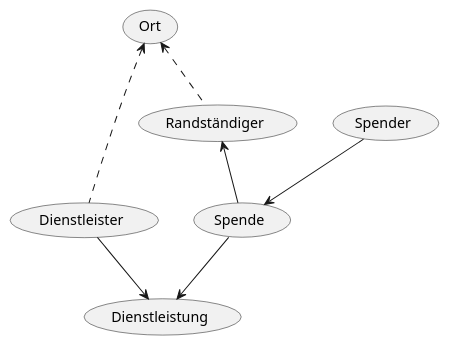
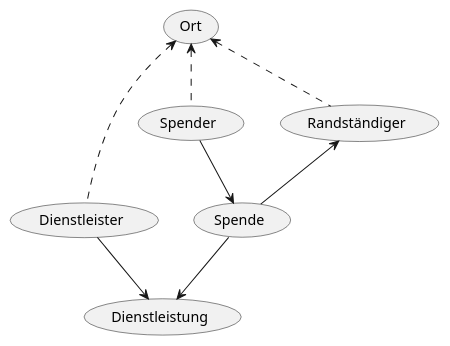
Before and after one commit to jfluri/Stutz: the diagram in docs/storage/firestore-structure.puml, drawn with PlantUML. The commit also changed 1 other file, not shown here.

```diff
--- a/docs/storage/firestore-structure.puml
+++ b/docs/storage/firestore-structure.puml
@@ -1,9 +1,12 @@
 @startuml
+
 (Dienstleister) --> (Dienstleistung)
 (Spender) --> (Spende)
 (Randständiger) <-- (Spende)
 (Spende) --> (Dienstleistung)
 
 (Dienstleister) .up.> (Ort)
 (Randständiger) .up.> (Ort)
+(Spender) .up.> (Ort)
+
 @enduml
```
